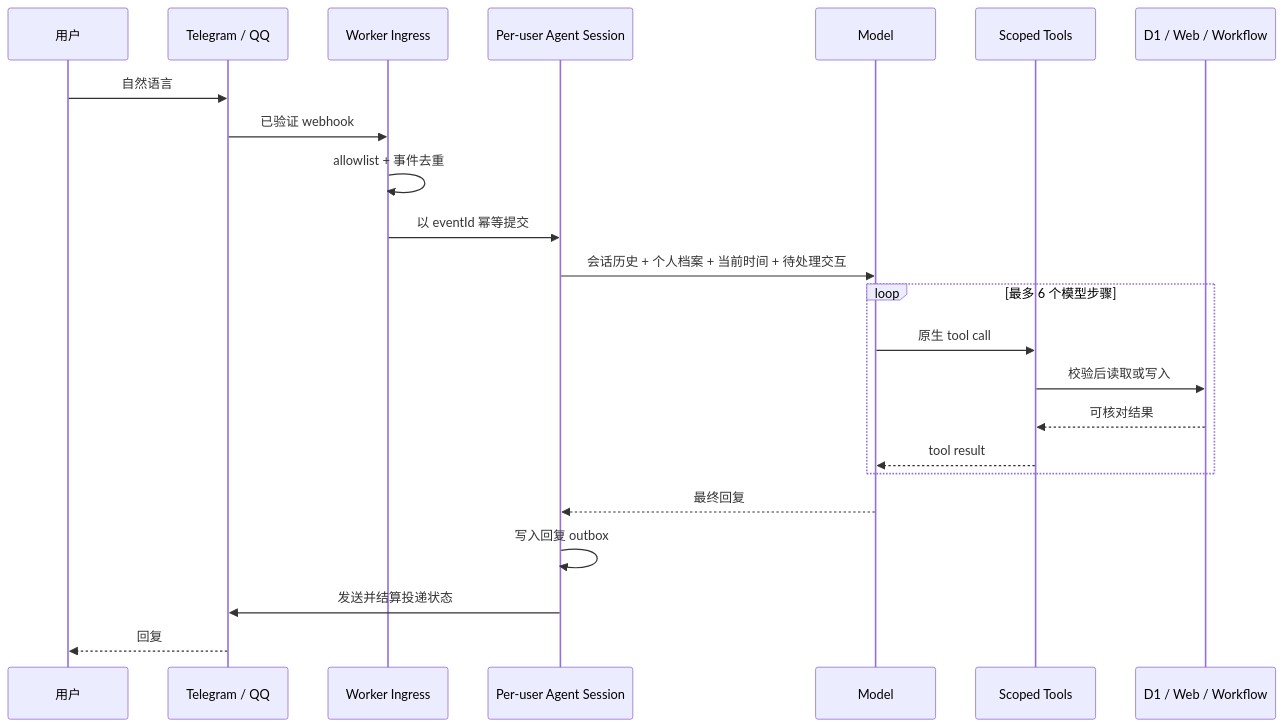
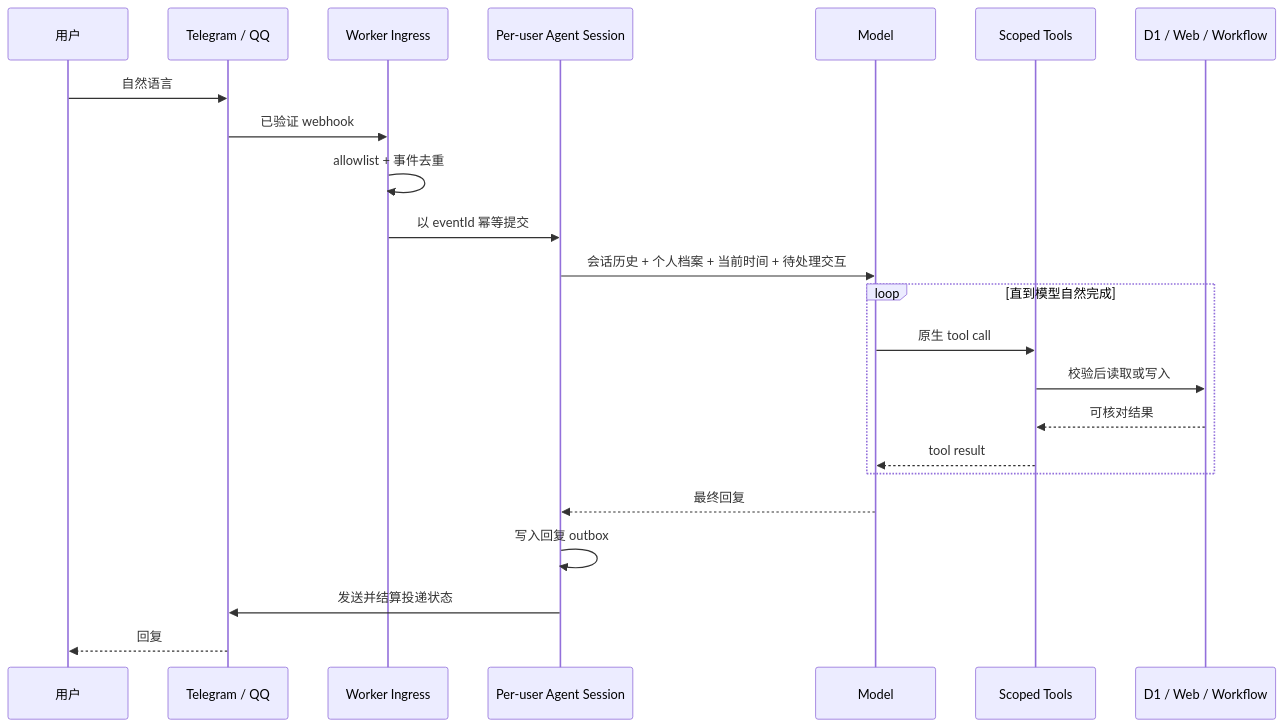
The diagram in docs/architecture.md (kinamind/Desk-IX), drawn with Mermaid before and after one commit. The commit also changed other lines of this file and 32 other files, not shown here.

````diff
--- a/docs/architecture.md
+++ b/docs/architecture.md
@@ -19,26 +19,26 @@
 ```mermaid
 sequenceDiagram
   participant U as 用户
   participant C as Telegram / QQ
   participant W as Worker Ingress
   participant S as Per-user Agent Session
   participant M as Model
   participant T as Scoped Tools
   participant D as D1 / Web / Workflow
 
   U->>C: 自然语言
   C->>W: 已验证 webhook
   W->>W: allowlist + 事件去重
   W->>S: 以 eventId 幂等提交
   S->>M: 会话历史 + 个人档案 + 当前时间 + 待处理交互
-  loop 最多 6 个模型步骤
+  loop 直到模型自然完成
     M->>T: 原生 tool call
     T->>D: 校验后读取或写入
     D-->>T: 可核对结果
     T-->>M: tool result
   end
   M-->>S: 最终回复
   S->>S: 写入回复 outbox
   S->>C: 发送并结算投递状态
   C-->>U: 回复
 ```
````
